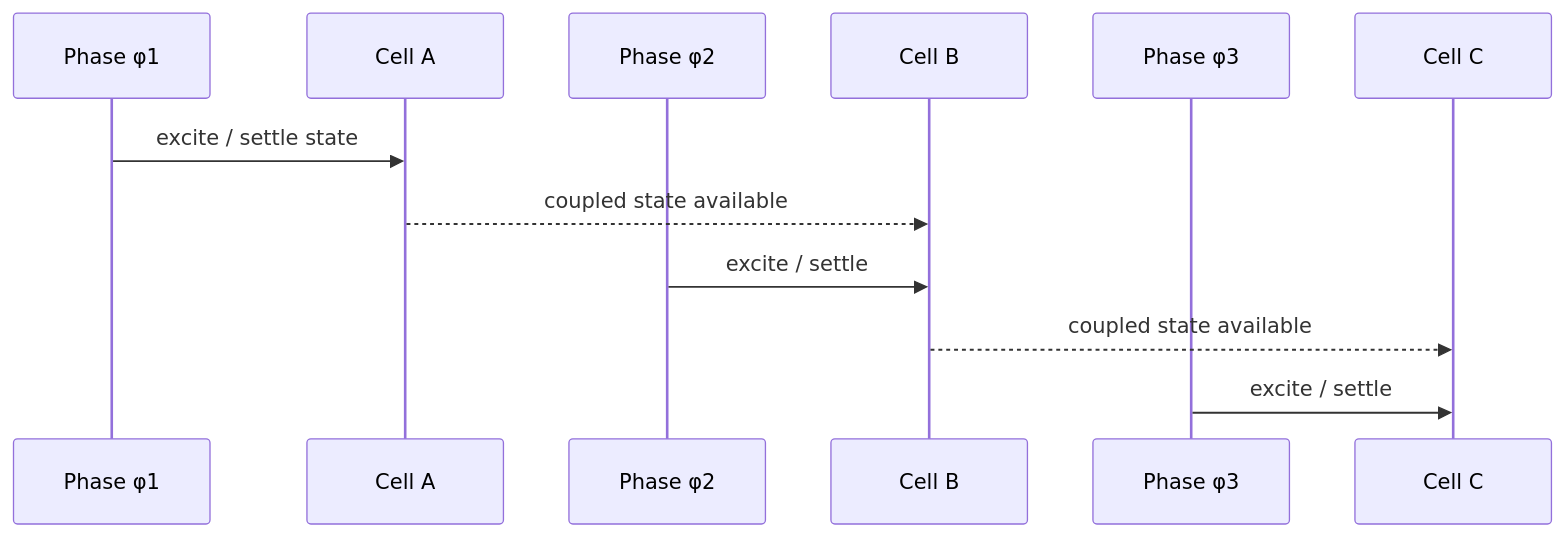
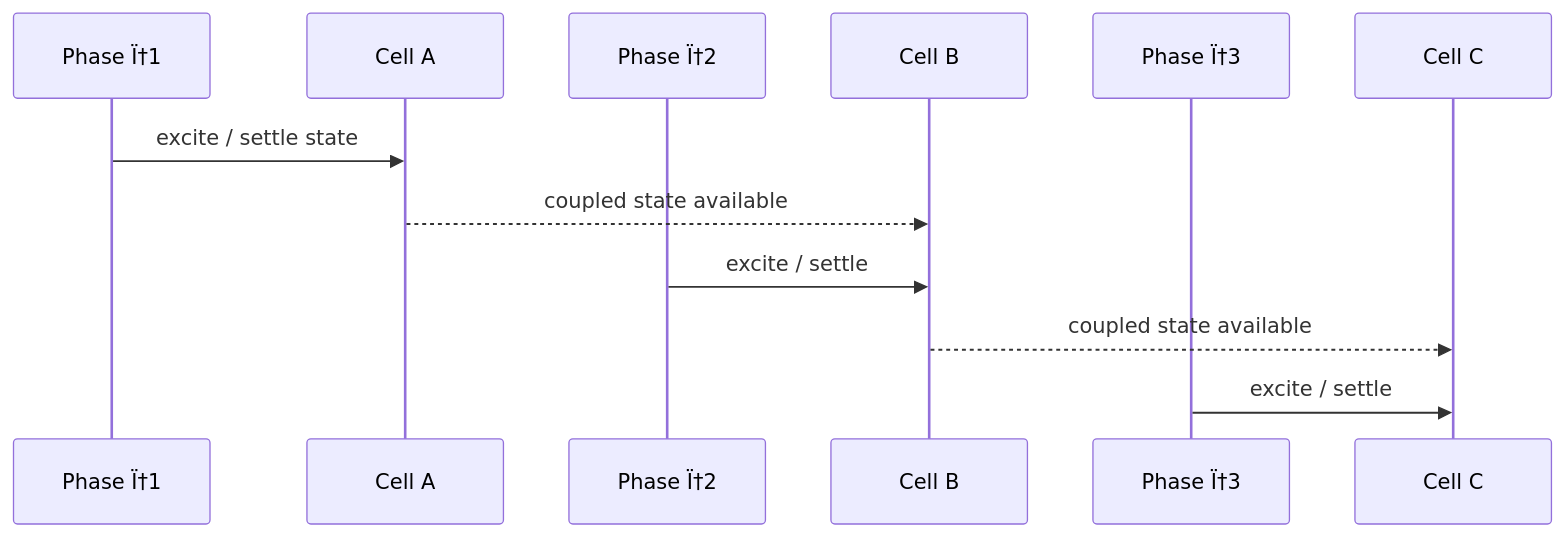
Before and after one commit to Single-Flux-Quantum/sfq-learn-public: the second of 2 diagrams in docs/concepts/aqfp-logic.md, drawn with Mermaid. The commit also changed other lines of this file and 41 other files, not shown here.

````diff
--- a/docs/concepts/aqfp-logic.md
+++ b/docs/concepts/aqfp-logic.md
@@ -74,14 +74,14 @@
 ```mermaid
 sequenceDiagram
-  participant P1 as Phase φ1
+  participant P1 as Phase Ï†1
   participant A as Cell A
-  participant P2 as Phase φ2
+  participant P2 as Phase Ï†2
   participant B as Cell B
-  participant P3 as Phase φ3
+  participant P3 as Phase Ï†3
   participant C as Cell C
   P1->>A: excite / settle state
   A-->>B: coupled state available
   P2->>B: excite / settle
   B-->>C: coupled state available
   P3->>C: excite / settle
 ```
````
